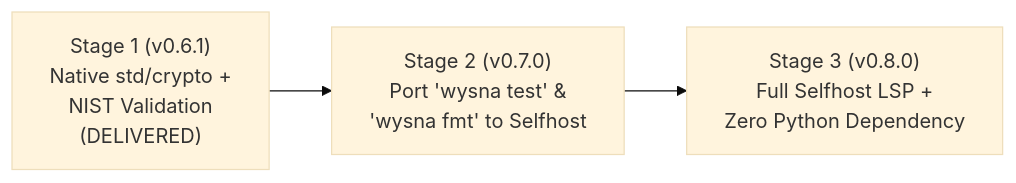
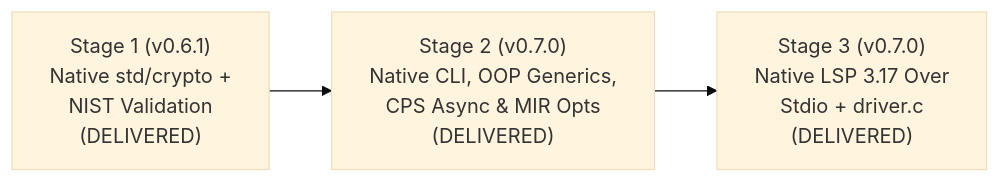
One commit to WashingtonYandun/Wysna changed the seventh of 8 diagrams in docs/FULL_LANGUAGE_CAPABILITIES_AND_DEBT_AUDIT.md. Above: the diagram before and after it, drawn with Mermaid (base theme). The commit also changed other lines of this file and 11 other files, not shown here.

````diff
--- a/docs/FULL_LANGUAGE_CAPABILITIES_AND_DEBT_AUDIT.md
+++ b/docs/FULL_LANGUAGE_CAPABILITIES_AND_DEBT_AUDIT.md
@@ -469,5 +469,5 @@
 ```mermaid
 flowchart LR
-    STAGE1["Stage 1 (v0.6.1)<br/>Native std/crypto +<br/>NIST Validation<br/>(DELIVERED)"] --> STAGE2["Stage 2 (v0.7.0)<br/>Port 'wysna test' &<br/>'wysna fmt' to Selfhost"]
-    STAGE2 --> STAGE3["Stage 3 (v0.8.0)<br/>Full Selfhost LSP +<br/>Zero Python Dependency"]
+    STAGE1["Stage 1 (v0.6.1)<br/>Native std/crypto +<br/>NIST Validation<br/>(DELIVERED)"] --> STAGE2["Stage 2 (v0.7.0)<br/>Native CLI, OOP Generics,<br/>CPS Async & MIR Opts<br/>(DELIVERED)"]
+    STAGE2 --> STAGE3["Stage 3 (v0.7.0)<br/>Native LSP 3.17 Over<br/>Stdio + driver.c<br/>(DELIVERED)"]
 ```
````
